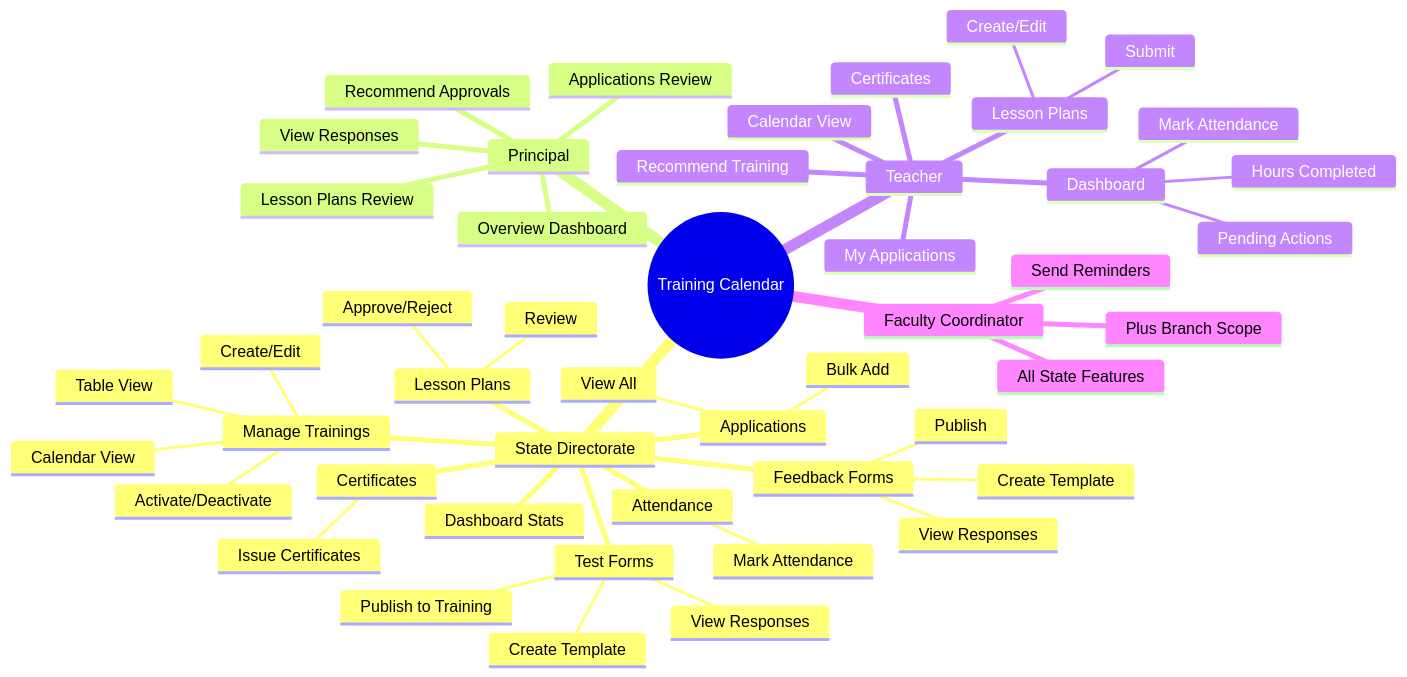
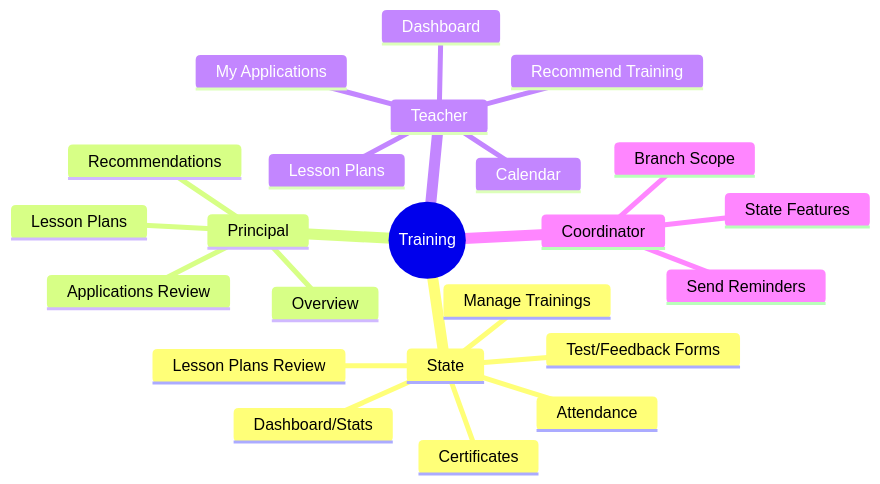
Before and after one commit to gunjangupta-gh/placeintern: the third of 49 diagrams in TRAINING_CALENDAR_FLOW_DIAGRAMS.md, drawn with Mermaid. The commit also changed other lines of this file and 6 other files, not shown here.

````diff
--- a/TRAINING_CALENDAR_FLOW_DIAGRAMS.md
+++ b/TRAINING_CALENDAR_FLOW_DIAGRAMS.md
@@ -91,51 +48,26 @@
 ```mermaid
 mindmap
-  root((Training Calendar))
-    State Directorate
-      Dashboard Stats
+  root((Training))
+    State
+      Dashboard/Stats
       Manage Trainings
-        Create/Edit
-        Activate/Deactivate
-        Calendar View
-        Table View
-      Test Forms
-        Create Template
-        Publish to Training
-        View Responses
-      Feedback Forms
-        Create Template
-        Publish
-        View Responses
+      Test/Feedback Forms
+      Lesson Plans Review
+      Attendance
+      Certificates
+    Principal
+      Overview
+      Applications Review
       Lesson Plans
-        Review
-        Approve/Reject
-      Applications
-        View All
-        Bulk Add
-      Attendance
-        Mark Attendance
-      Certificates
-        Issue Certificates
-    Principal
-      Overview Dashboard
-      Applications Review
-      Lesson Plans Review
-      Recommend Approvals
-      View Responses
+      Recommendations
     Teacher
       Dashboard
-        Hours Completed
-        Pending Actions
-        Mark Attendance
-      Calendar View
+      Calendar
       My Applications
       Lesson Plans
-        Create/Edit
-        Submit
       Recommend Training
-      Certificates
-    Faculty Coordinator
-      All State Features
-      Plus Branch Scope
+    Coordinator
+      State Features
+      Branch Scope
       Send Reminders
 ```
````
